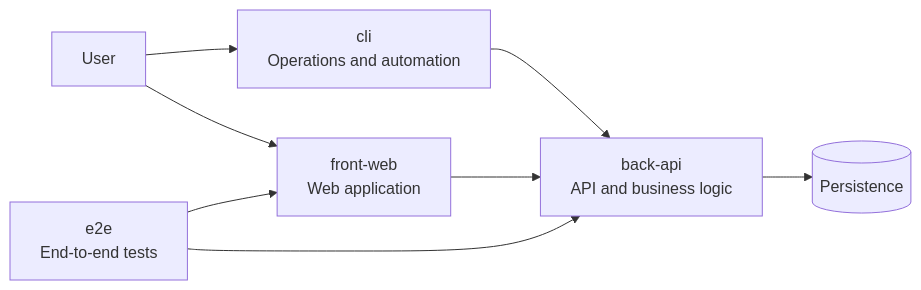
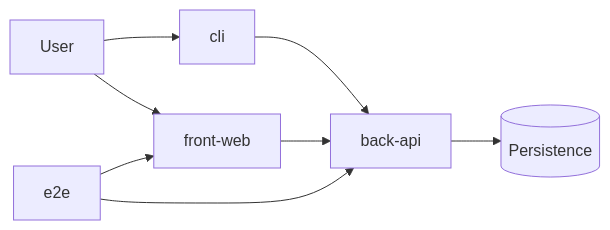
Before and after one commit to AIDDbot/AIDDbot: the first of 3 diagrams in docs/architect-system-foundation.md, drawn with Mermaid. The commit also changed other lines of this file and 4 other files, not shown here.

First line of the commit message:
refactor(skills): tighten /architect-system-foundation and /outline-system

````diff
--- a/docs/architect-system-foundation.md
+++ b/docs/architect-system-foundation.md
@@ -26,17 +13,10 @@
 ```mermaid
 flowchart LR
-    USER[User]
-    CLI[cli<br/>Operations and automation]
-    FRONT[front-web<br/>Web application]
-    BACK[back-api<br/>API and business logic]
-    E2E[e2e<br/>End-to-end tests]
-    DATA[(Persistence)]
-
-    USER --> CLI
-    USER --> FRONT
-    FRONT --> BACK
+    USER[User] --> CLI[cli]
+    USER --> FRONT[front-web]
+    FRONT --> BACK[back-api]
     CLI --> BACK
-    BACK --> DATA
-    E2E --> FRONT
+    BACK --> DATA[(Persistence)]
+    E2E[e2e] --> FRONT
     E2E --> BACK
 ```
````
